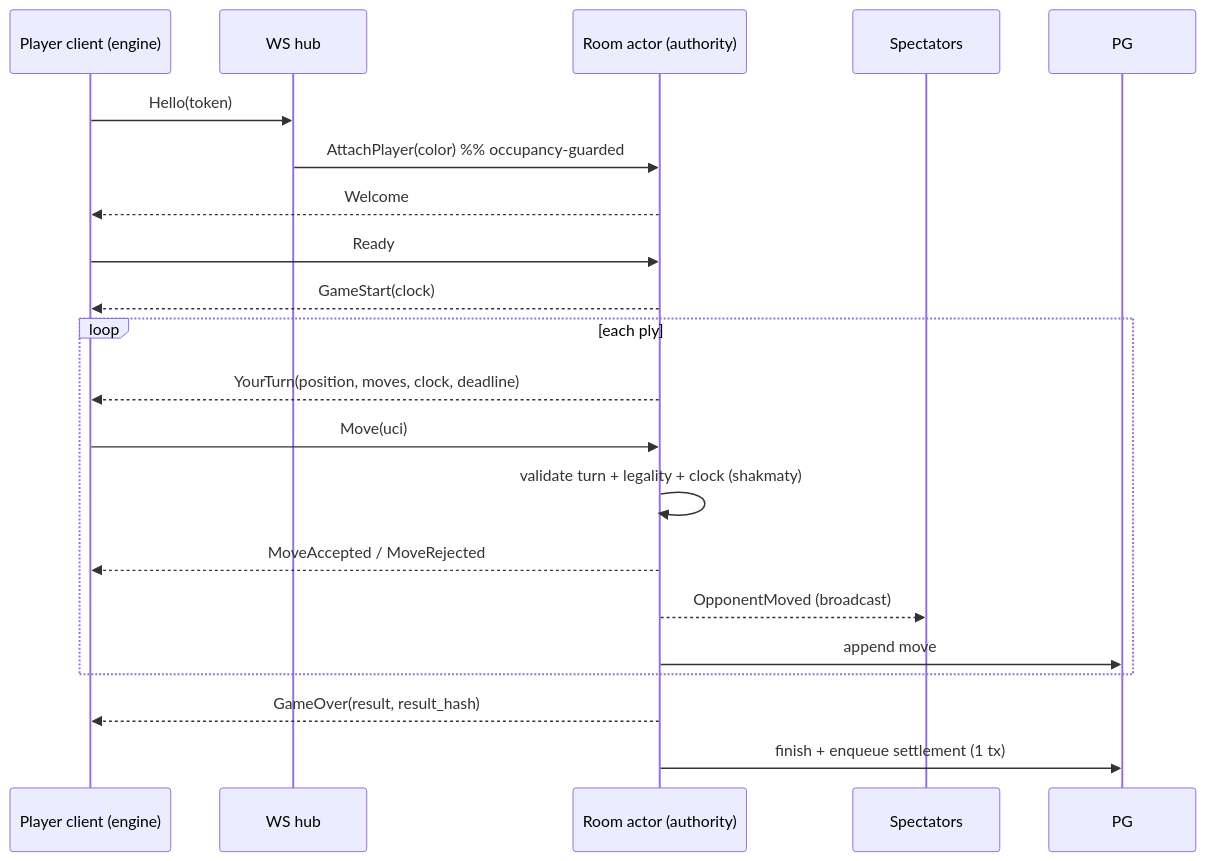
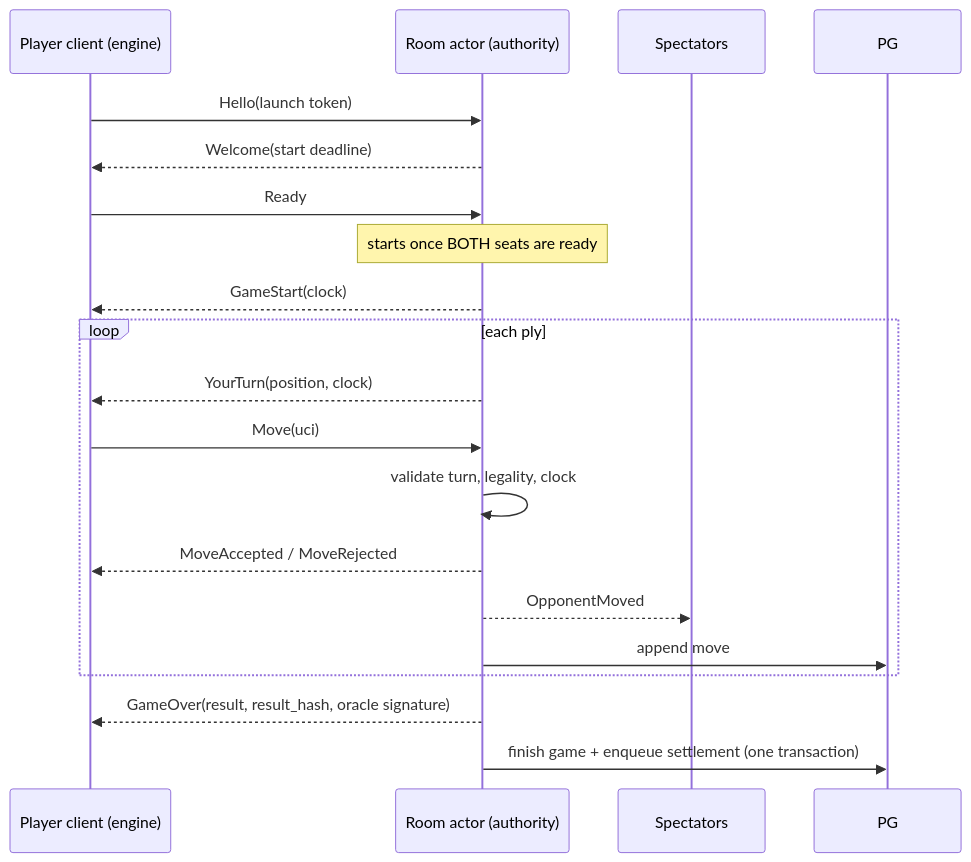
One commit to vikramarun/openchess changed the second of 5 diagrams in ARCHITECTURE.md. Above: the diagram before and after it, drawn with Mermaid. The commit also changed other lines of this file and 38 other files, not shown here.

````diff
--- a/ARCHITECTURE.md
+++ b/ARCHITECTURE.md
@@ -52,22 +67,21 @@
 ```mermaid
 sequenceDiagram
   participant C as Player client (engine)
-  participant H as WS hub
   participant R as Room actor (authority)
   participant S as Spectators
-  C->>H: Hello(token)
-  H->>R: AttachPlayer(color)  %% occupancy-guarded
-  R-->>C: Welcome
+  C->>R: Hello(launch token)
+  R-->>C: Welcome(start deadline)
   C->>R: Ready
+  Note over R: starts once BOTH seats are ready
   R-->>C: GameStart(clock)
   loop each ply
-    R-->>C: YourTurn(position, moves, clock, deadline)
+    R-->>C: YourTurn(position, clock)
     C->>R: Move(uci)
-    R->>R: validate turn + legality + clock (shakmaty)
+    R->>R: validate turn, legality, clock
     R-->>C: MoveAccepted / MoveRejected
-    R-->>S: OpponentMoved (broadcast)
+    R-->>S: OpponentMoved
     R->>PG: append move
   end
-  R-->>C: GameOver(result, result_hash)
-  R->>PG: finish + enqueue settlement (1 tx)
+  R-->>C: GameOver(result, result_hash, oracle signature)
+  R->>PG: finish game + enqueue settlement (one transaction)
 ```
````
